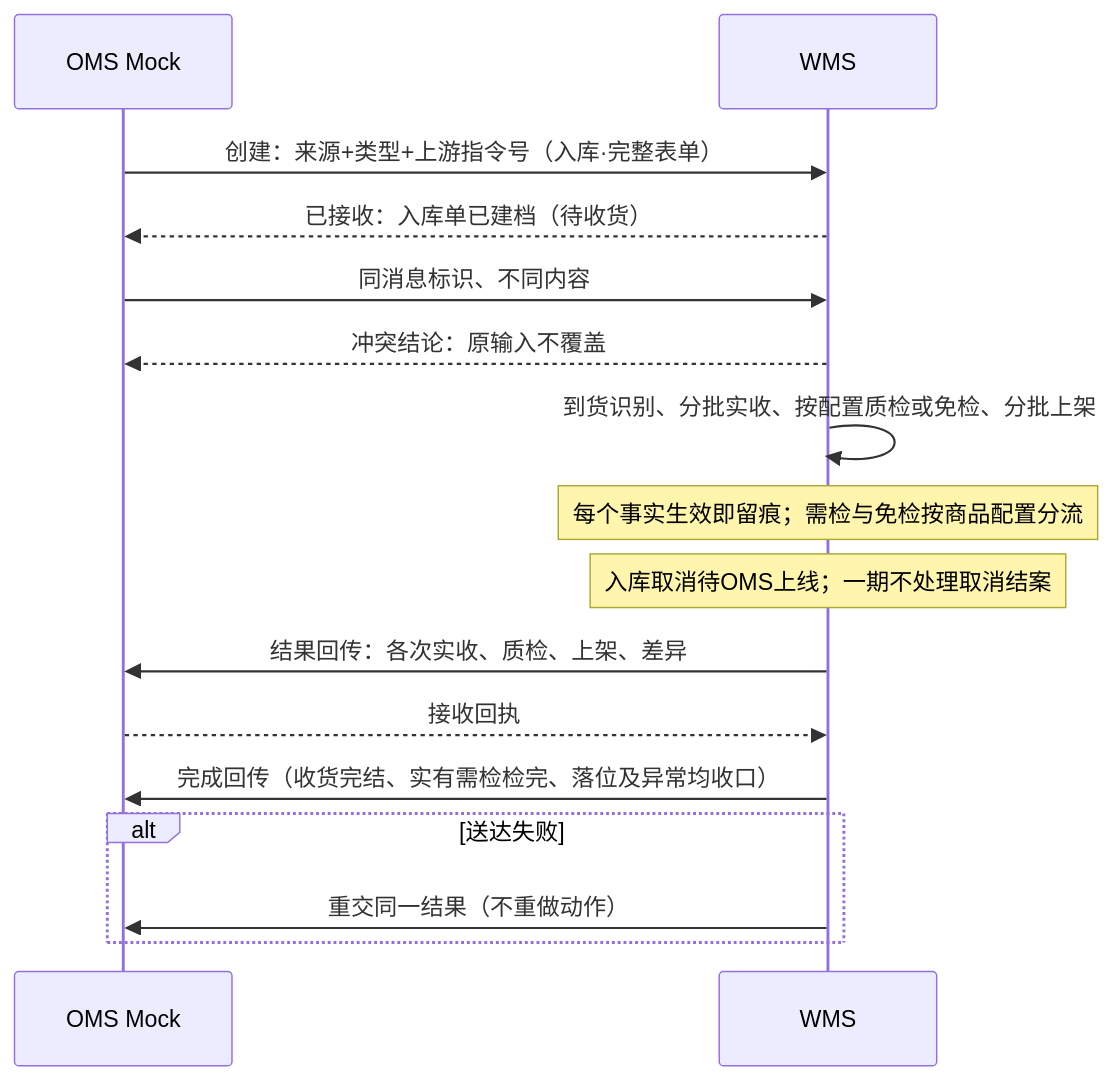
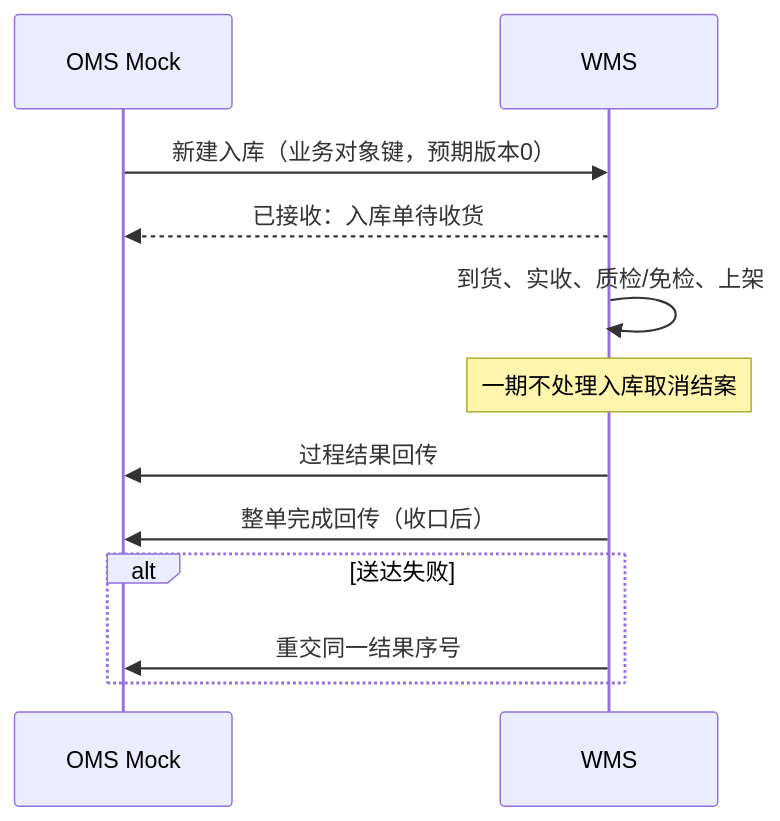
One commit to TopVitamin/QS-WMS-Project changed the first of 2 diagrams in 05-应用设计方案/20261002-MVP版本/系统架构设计/06-接口与OMS Mock消息设计.md. Above: the diagram before and after it, drawn with Mermaid. The commit also changed other lines of this file and 82 other files, not shown here.

````diff
--- a/05-应用设计方案/20261002-MVP版本/系统架构设计/06-接口与OMS Mock消息设计.md
+++ b/05-应用设计方案/20261002-MVP版本/系统架构设计/06-接口与OMS Mock消息设计.md
@@ -81,18 +95,14 @@
 ```mermaid
 sequenceDiagram
     participant M as OMS Mock
     participant W as WMS
-    M->>W: 创建：来源+类型+上游指令号（入库·完整表单）
-    W-->>M: 已接收：入库单已建档（待收货）
-    M->>W: 同消息标识、不同内容
-    W-->>M: 冲突结论：原输入不覆盖
-    W->>W: 到货识别、分批实收、按配置质检或免检、分批上架
-    Note over W: 每个事实生效即留痕；需检与免检按商品配置分流
-    Note over W: 入库取消待OMS上线；一期不处理取消结案
-    W->>M: 结果回传：各次实收、质检、上架、差异
-    M-->>W: 接收回执
-    W->>M: 完成回传（收货完结、实有需检检完、落位及异常均收口）
+    M->>W: 新建入库（业务对象键，预期版本0）
+    W-->>M: 已接收：入库单待收货
+    W->>W: 到货、实收、质检/免检、上架
+    Note over W: 一期不处理入库取消结案
+    W->>M: 过程结果回传
+    W->>M: 整单完成回传（收口后）
     alt 送达失败
-        W->>M: 重交同一结果（不重做动作）
+        W->>M: 重交同一结果序号
     end
 ```
````
